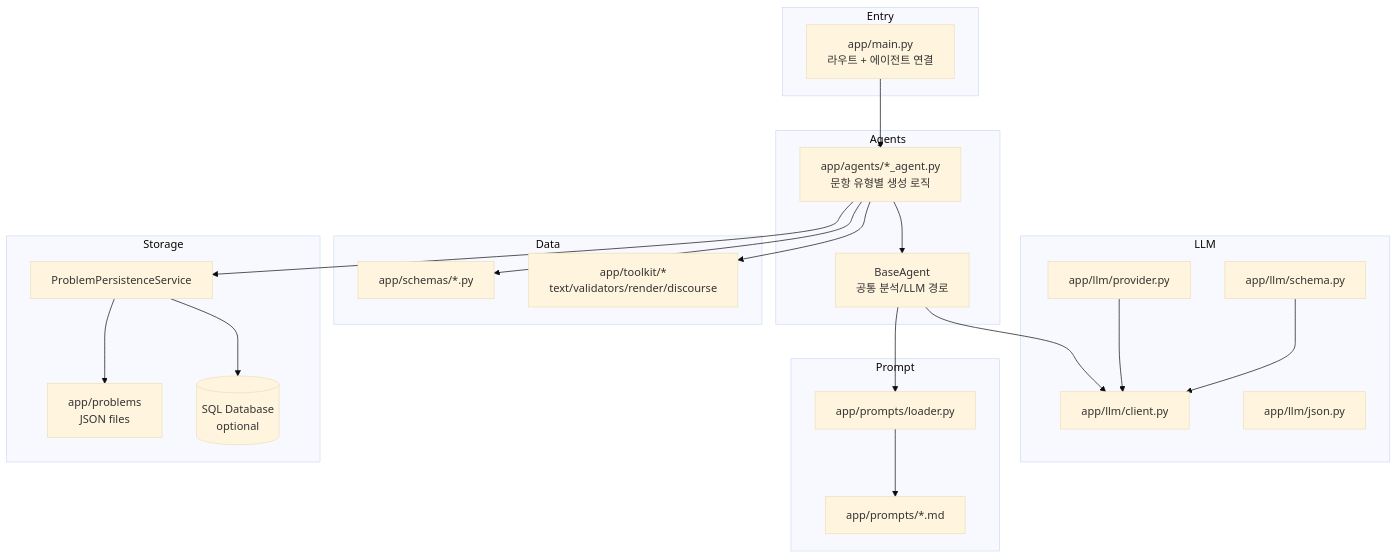
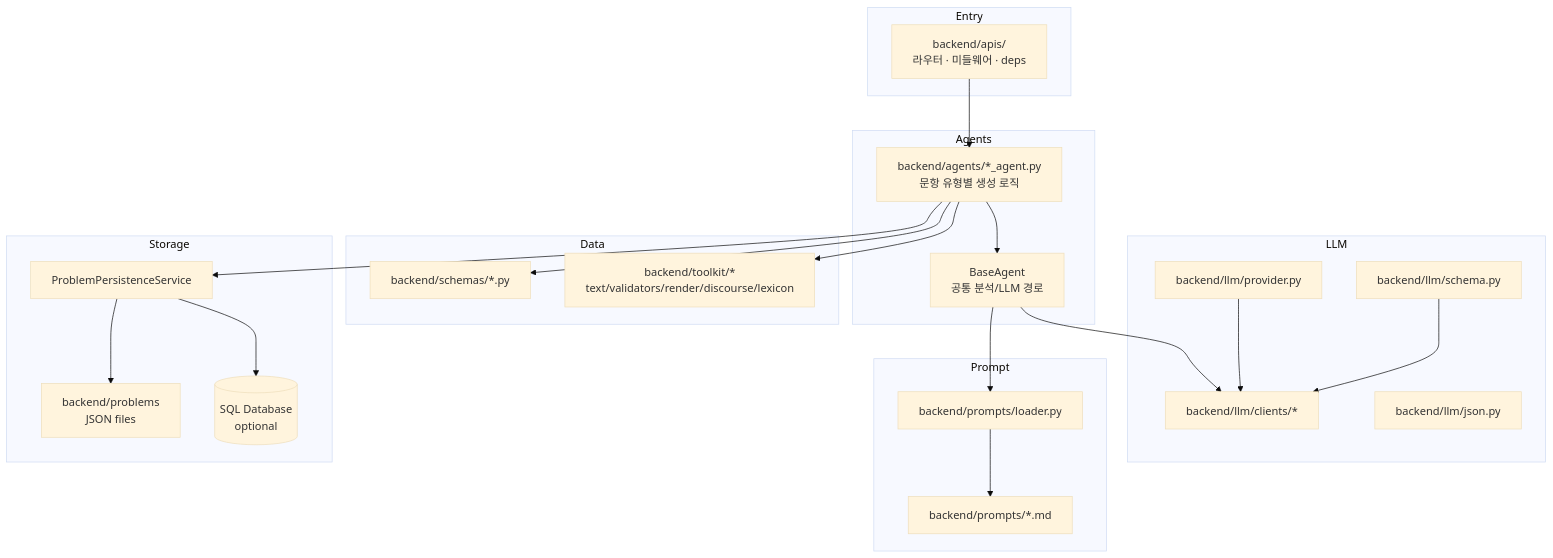
One commit to LEE-hyeon0771/Problem_Change_Project changed the second of 3 diagrams in README.md. Above: the diagram before and after it, drawn with Mermaid (base theme). The commit also changed other lines of this file and 235 other files, not shown here.

````diff
--- a/README.md
+++ b/README.md
@@ -84,46 +146,46 @@
 ```mermaid
 flowchart TB
     subgraph Entry
-      M[app/main.py<br/>라우트 + 에이전트 연결]
+      M[backend/apis/<br/>라우터 · 미들웨어 · deps]
     end
 
     subgraph Agents
-      AG[app/agents/*_agent.py<br/>문항 유형별 생성 로직]
+      AG[backend/agents/*_agent.py<br/>문항 유형별 생성 로직]
       BA[BaseAgent<br/>공통 분석/LLM 경로]
     end
 
     subgraph LLM
-      LC[app/llm/client.py]
-      LP[app/llm/provider.py]
-      LJ[app/llm/json.py]
-      LS[app/llm/schema.py]
+      LC[backend/llm/clients/*]
+      LP[backend/llm/provider.py]
+      LJ[backend/llm/json.py]
+      LS[backend/llm/schema.py]
     end
 
     subgraph Prompt
-      PR[app/prompts/*.md]
-      PL[app/prompts/loader.py]
+      PR[backend/prompts/*.md]
+      PL[backend/prompts/loader.py]
     end
 
     subgraph Data
-      SC[app/schemas/*.py]
-      TK[app/toolkit/*<br/>text/validators/render/discourse]
+      SC[backend/schemas/*.py]
+      TK[backend/toolkit/*<br/>text/validators/render/discourse/lexicon]
     end
 
     subgraph Storage
       PS[ProblemPersistenceService]
-      FS[app/problems<br/>JSON files]
+      FS[backend/problems<br/>JSON files]
       DB[(SQL Database<br/>optional)]
     end
 
     M --> AG
     AG --> BA
     BA --> PL --> PR
     BA --> LC
     LP --> LC
     LS --> LC
     AG --> SC
     AG --> TK
     AG --> PS
     PS --> FS
     PS --> DB
 ```
````
